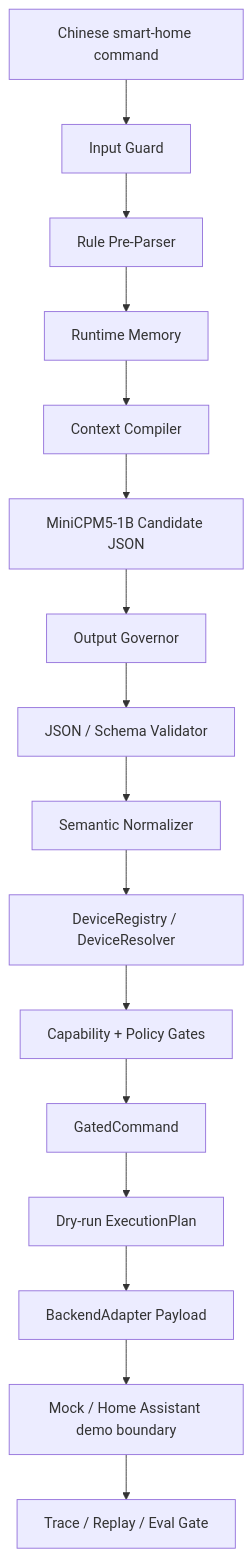
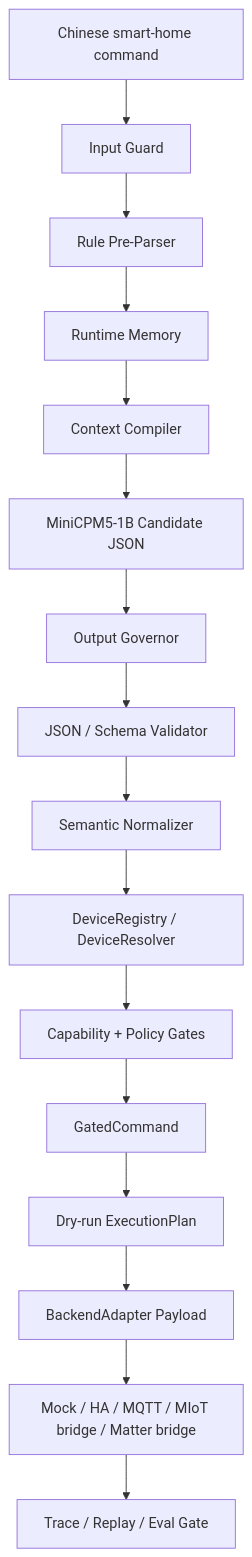
One commit to yushui2022/EdgeHome-Harness changed the diagram in README.md. Above: the diagram before and after it, drawn with Mermaid. The commit also changed other lines of this file and 39 other files, not shown here.

````diff
--- a/README.md
+++ b/README.md
@@ -249,18 +249,18 @@
 ```mermaid
 flowchart TD
     A["Chinese smart-home command"] --> B["Input Guard"]
     B --> C["Rule Pre-Parser"]
     C --> D["Runtime Memory"]
     D --> E["Context Compiler"]
     E --> F["MiniCPM5-1B Candidate JSON"]
     F --> G["Output Governor"]
     G --> H["JSON / Schema Validator"]
     H --> I["Semantic Normalizer"]
     I --> J["DeviceRegistry / DeviceResolver"]
     J --> K["Capability + Policy Gates"]
     K --> L["GatedCommand"]
     L --> M["Dry-run ExecutionPlan"]
     M --> N["BackendAdapter Payload"]
-    N --> O["Mock / Home Assistant demo boundary"]
+    N --> O["Mock / HA / MQTT / MIoT bridge / Matter bridge"]
     O --> P["Trace / Replay / Eval Gate"]
 ```
````
